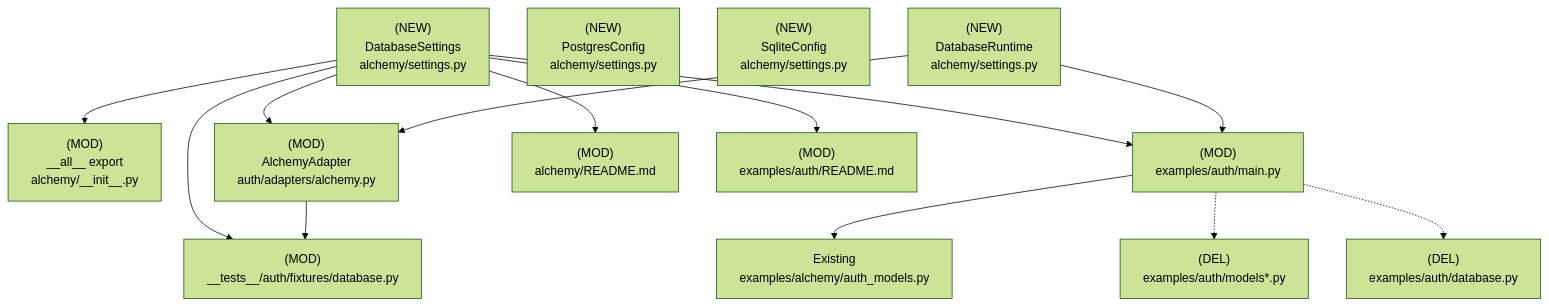
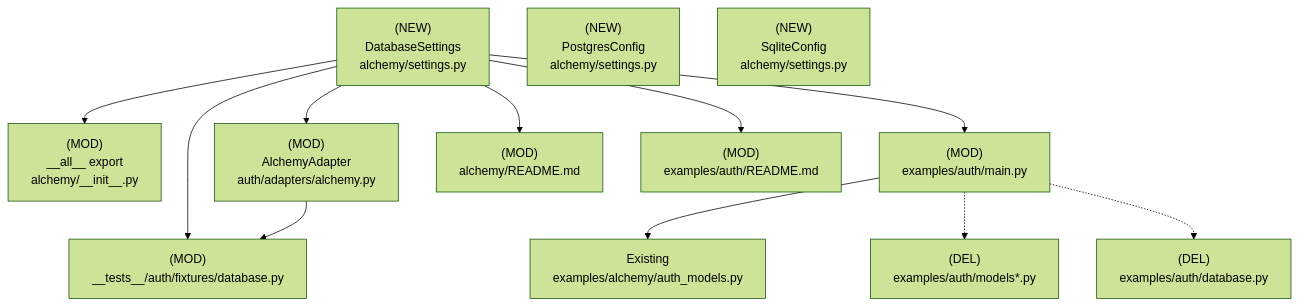
The fourth of 4 diagrams in design/005-database-settings.md (mplemay/belgie), drawn with Mermaid (forest theme) before and after one commit. The commit also changed other lines of this file, not shown here.

````diff
--- a/design/005-database-settings.md
+++ b/design/005-database-settings.md
@@ -111,28 +111,26 @@
 ```mermaid
 graph TD
     DatabaseSettings["(NEW)<br/>DatabaseSettings<br/>alchemy/settings.py"]
     PostgresConfig["(NEW)<br/>PostgresConfig<br/>alchemy/settings.py"]
     SqliteConfig["(NEW)<br/>SqliteConfig<br/>alchemy/settings.py"]
     AlchemyInit["(MOD)<br/>__all__ export<br/>alchemy/__init__.py"]
     AlchemyAdapter["(MOD)<br/>AlchemyAdapter<br/>auth/adapters/alchemy.py"]
     ExampleAuth["(MOD)<br/>examples/auth/main.py"]
     ExampleModels["(DEL)<br/>examples/auth/models*.py"]
     ExampleDatabase["(DEL)<br/>examples/auth/database.py"]
     ExampleAuthModels["Existing<br/>examples/alchemy/auth_models.py"]
     TestFixtures["(MOD)<br/>__tests__/auth/fixtures/database.py"]
     DocsAlchemy["(MOD)<br/>alchemy/README.md"]
     DocsExample["(MOD)<br/>examples/auth/README.md"]
 
     DatabaseSettings --> AlchemyInit
     DatabaseSettings --> AlchemyAdapter
-    DatabaseRuntime["(NEW)<br/>DatabaseRuntime<br/>alchemy/settings.py"] --> AlchemyAdapter
     DatabaseSettings --> ExampleAuth
-    DatabaseRuntime --> ExampleAuth
     DatabaseSettings --> TestFixtures
     ExampleAuth --> ExampleAuthModels
     ExampleAuth -.-> ExampleModels
     ExampleAuth -.-> ExampleDatabase
     AlchemyAdapter --> TestFixtures
     DatabaseSettings --> DocsAlchemy
     DatabaseSettings --> DocsExample
 ```
````
